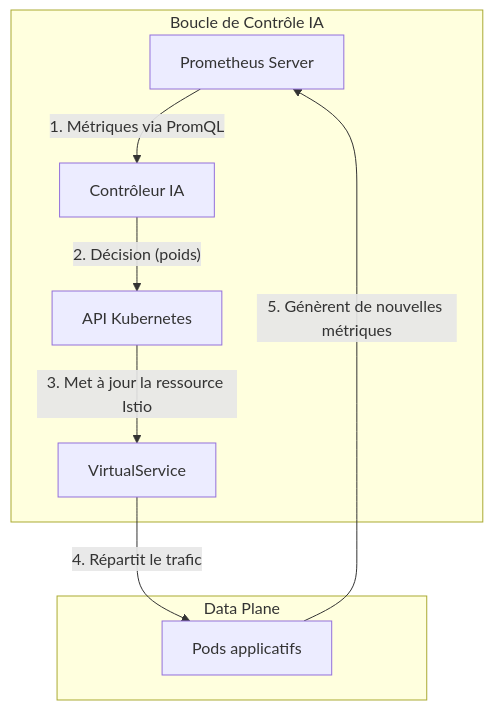
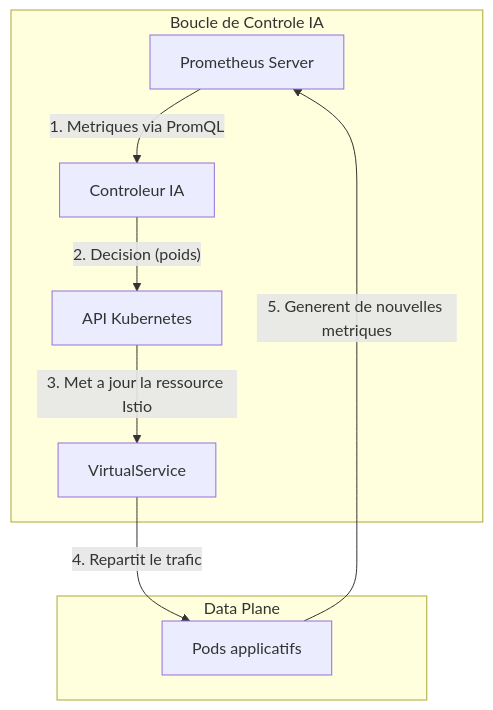
Before and after one commit to HarcheSamir/esisba-lirmm-ecommerce: the tenth of 10 diagrams in sprint3.md, drawn with Mermaid. The commit also changed other lines of this file, not shown here.

````diff
--- a/sprint3.md
+++ b/sprint3.md
@@ -475,12 +482,12 @@
 ```mermaid
 graph TD
-    subgraph "Boucle de Contrôle IA"
-        Prometheus[Prometheus Server] -- "1. Métriques via PromQL" --> AI_Controller[Contrôleur IA];
-        AI_Controller -- "2. Décision (poids)" --> K8s_API[API Kubernetes];
-        K8s_API -- "3. Met à jour la ressource Istio" --> VS[VirtualService];
+    subgraph "Boucle de Controle IA"
+        Prometheus["Prometheus Server"] -- "1. Metriques via PromQL" --> AI_Controller["Controleur IA"];
+        AI_Controller -- "2. Decision (poids)" --> K8s_API["API Kubernetes"];
+        K8s_API -- "3. Met a jour la ressource Istio" --> VS["VirtualService"];
     end
     subgraph "Data Plane"
-        VS -- "4. Répartit le trafic" --> ServicePods[Pods applicatifs];
+        VS -- "4. Repartit le trafic" --> ServicePods["Pods applicatifs"];
     end
-    ServicePods -- "5. Génèrent de nouvelles métriques" --> Prometheus;
+    ServicePods -- "5. Generent de nouvelles metriques" --> Prometheus;
 ```
````
